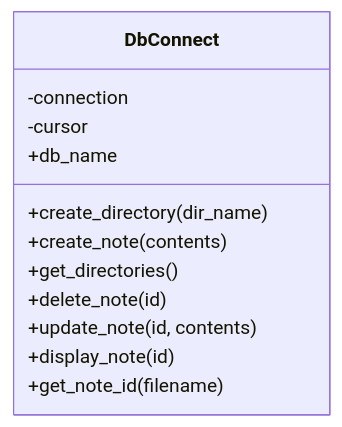
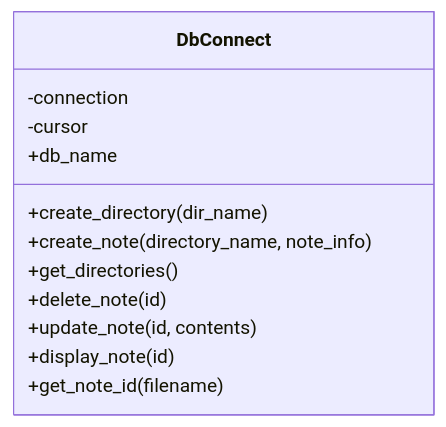
Before and after one commit to t-drape/SE300_Secure_Notes_App: the diagram in LLD_Diagrams/Database_connector_diagram.md, drawn with Mermaid.

````diff
--- a/LLD_Diagrams/Database_connector_diagram.md
+++ b/LLD_Diagrams/Database_connector_diagram.md
@@ -1,17 +1,17 @@
 ```mermaid
 classDiagram
 
 
 class DbConnect {
     -connection
     -cursor
     +db_name
     +create_directory(dir_name)
-    +create_note(contents)
+    +create_note(directory_name, note_info)
     +get_directories()
     +delete_note(id)
     +update_note(id, contents)
     +display_note(id)
     +get_note_id(filename)
 }
 ```
````
